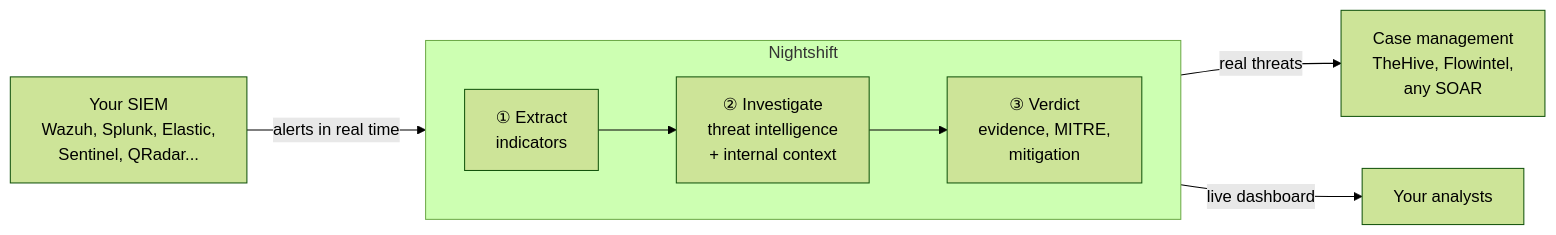
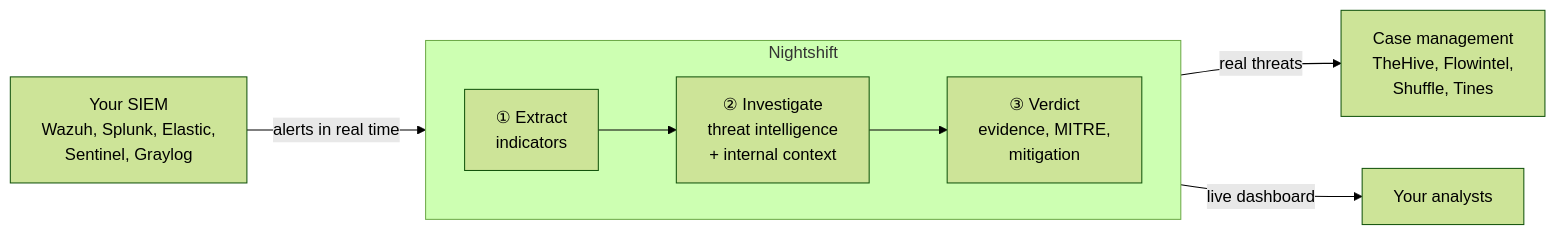
One commit to Imad-SH/Nightshift-Project changed the diagram in README.md. Above: the diagram before and after it, drawn with Mermaid (forest theme). The commit also changed other lines of this file and 2 other files, not shown here.

````diff
--- a/README.md
+++ b/README.md
@@ -38,10 +38,10 @@
 ```mermaid
 flowchart LR
-    SIEM["Your SIEM<br/>Wazuh, Splunk, Elastic,<br/>Sentinel, QRadar..."] -->|alerts in real time| A1
+    SIEM["Your SIEM<br/>Wazuh, Splunk, Elastic,<br/>Sentinel, Graylog"] -->|alerts in real time| A1
     subgraph NS["Nightshift"]
         direction LR
         A1["① Extract<br/>indicators"] --> A2["② Investigate<br/>threat intelligence<br/>+ internal context"] --> A3["③ Verdict<br/>evidence, MITRE,<br/>mitigation"]
     end
-    A3 -->|real threats| SOAR["Case management<br/>TheHive, Flowintel,<br/>any SOAR"]
+    A3 -->|real threats| SOAR["Case management<br/>TheHive, Flowintel,<br/>Shuffle, Tines"]
     A3 -->|live dashboard| SOC["Your analysts"]
 ```
````
